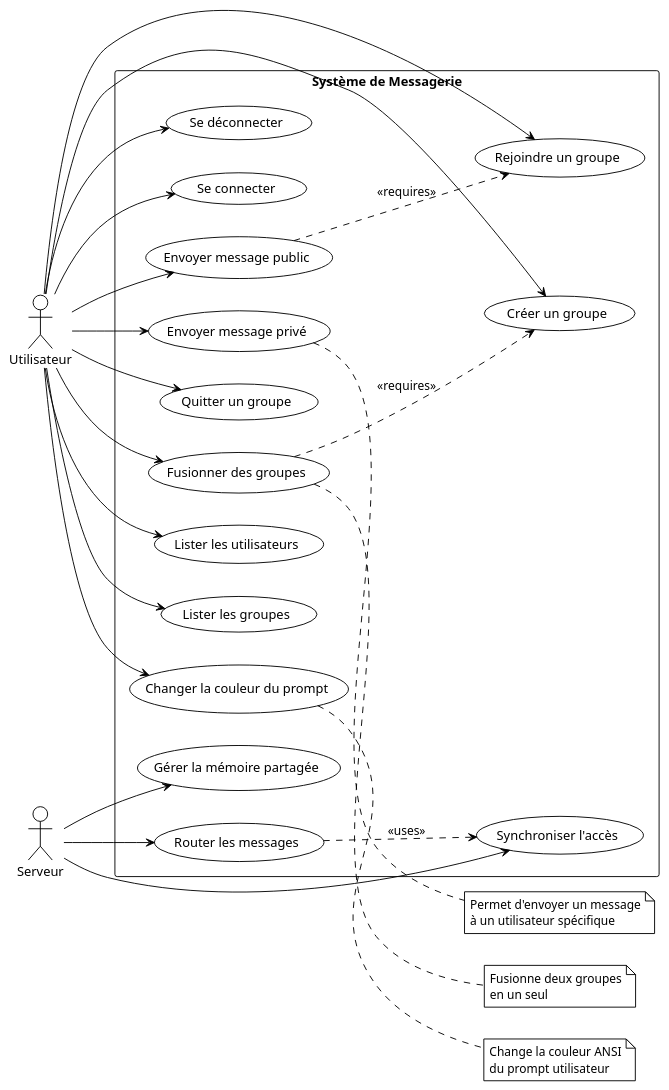
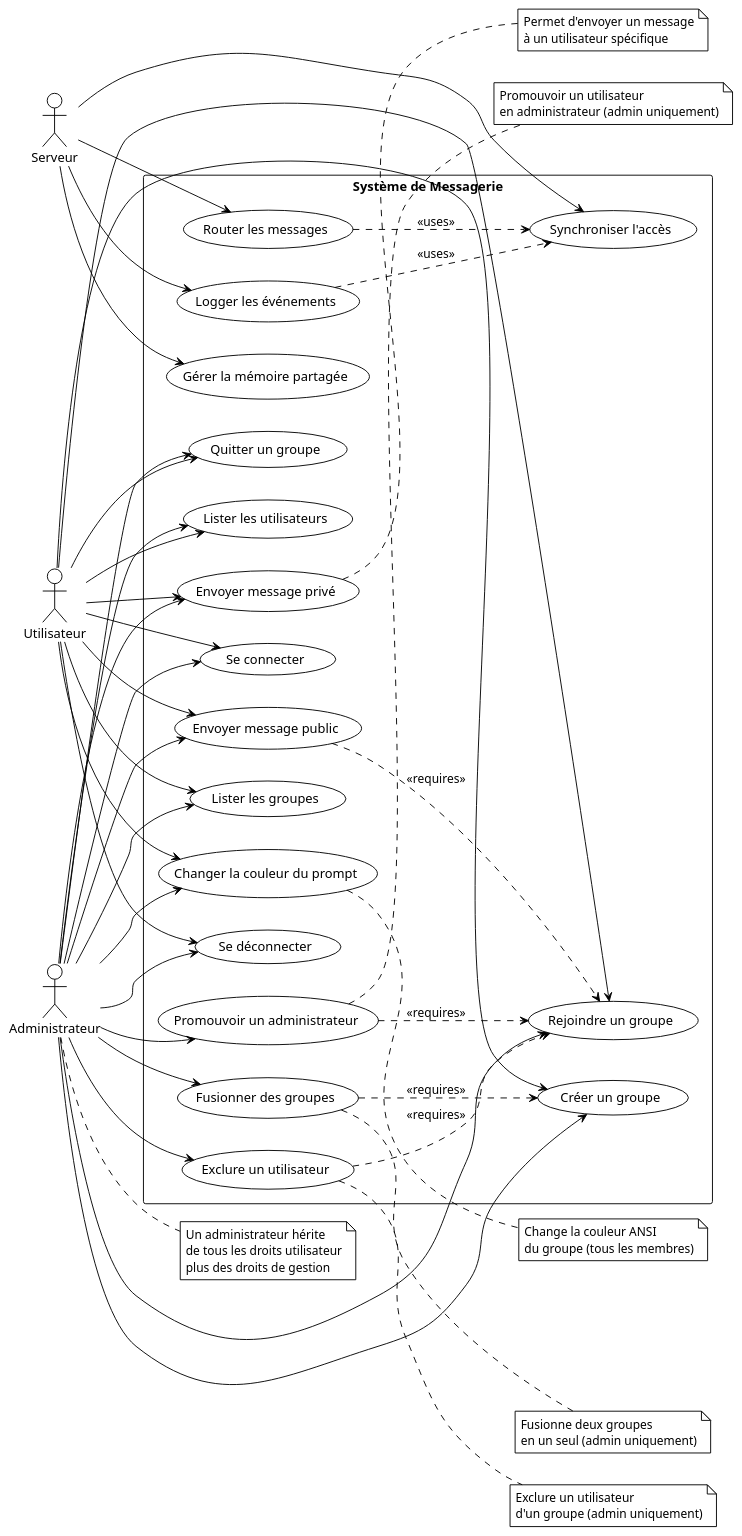
One commit to GuahBy/projetISY changed the diagram in UML/uml_use_case.puml. Above: the diagram before and after it, drawn with PlantUML. The commit also changed 4 other files, not shown here.

First line of the commit message:
Mise à jour des diagrammes UML pour refléter les nouvelles fonctionnalités

```diff
--- a/UML/uml_use_case.puml
+++ b/UML/uml_use_case.puml
@@ -1,62 +1,99 @@
 @startuml use_case_diagram
 !theme plain
 
 left to right direction
 skinparam packageStyle rectangle
 
 actor "Utilisateur" as User
+actor "Administrateur" as Admin
 actor "Serveur" as Server
 
 rectangle "Système de Messagerie" {
     usecase "Se connecter" as UC1
     usecase "Envoyer message public" as UC2
     usecase "Envoyer message privé" as UC3
     usecase "Rejoindre un groupe" as UC4
     usecase "Quitter un groupe" as UC5
     usecase "Créer un groupe" as UC6
     usecase "Fusionner des groupes" as UC7
     usecase "Lister les utilisateurs" as UC8
     usecase "Lister les groupes" as UC9
     usecase "Changer la couleur du prompt" as UC10
     usecase "Se déconnecter" as UC11
-    usecase "Gérer la mémoire partagée" as UC12
-    usecase "Synchroniser l'accès" as UC13
-    usecase "Router les messages" as UC14
+    usecase "Exclure un utilisateur" as UC12
+    usecase "Promouvoir un administrateur" as UC13
+    usecase "Gérer la mémoire partagée" as UC14
+    usecase "Synchroniser l'accès" as UC15
+    usecase "Router les messages" as UC16
+    usecase "Logger les événements" as UC17
 }
 
 User --> UC1
 User --> UC2
 User --> UC3
 User --> UC4
 User --> UC5
 User --> UC6
-User --> UC7
 User --> UC8
 User --> UC9
 User --> UC10
 User --> UC11
 
-Server --> UC12
-Server --> UC13
+Admin --> UC1
+Admin --> UC2
+Admin --> UC3
+Admin --> UC4
+Admin --> UC5
+Admin --> UC6
+Admin --> UC7
+Admin --> UC8
+Admin --> UC9
+Admin --> UC10
+Admin --> UC11
+Admin --> UC12
+Admin --> UC13
+
 Server --> UC14
+Server --> UC15
+Server --> UC16
+Server --> UC17
 
 UC2 ..> UC4 : <<requires>>
 UC7 ..> UC6 : <<requires>>
-UC14 ..> UC13 : <<uses>>
+UC12 ..> UC4 : <<requires>>
+UC13 ..> UC4 : <<requires>>
+UC16 ..> UC15 : <<uses>>
+UC17 ..> UC15 : <<uses>>
 
 note right of UC3
   Permet d'envoyer un message
   à un utilisateur spécifique
 end note
 
 note right of UC7
   Fusionne deux groupes
-  en un seul
+  en un seul (admin uniquement)
 end note
 
 note right of UC10
   Change la couleur ANSI
-  du prompt utilisateur
+  du groupe (tous les membres)
+end note
+
+note right of UC12
+  Exclure un utilisateur
+  d'un groupe (admin uniquement)
+end note
+
+note right of UC13
+  Promouvoir un utilisateur
+  en administrateur (admin uniquement)
+end note
+
+note right of Admin
+  Un administrateur hérite
+  de tous les droits utilisateur
+  plus des droits de gestion
 end note
 
 @enduml
```
